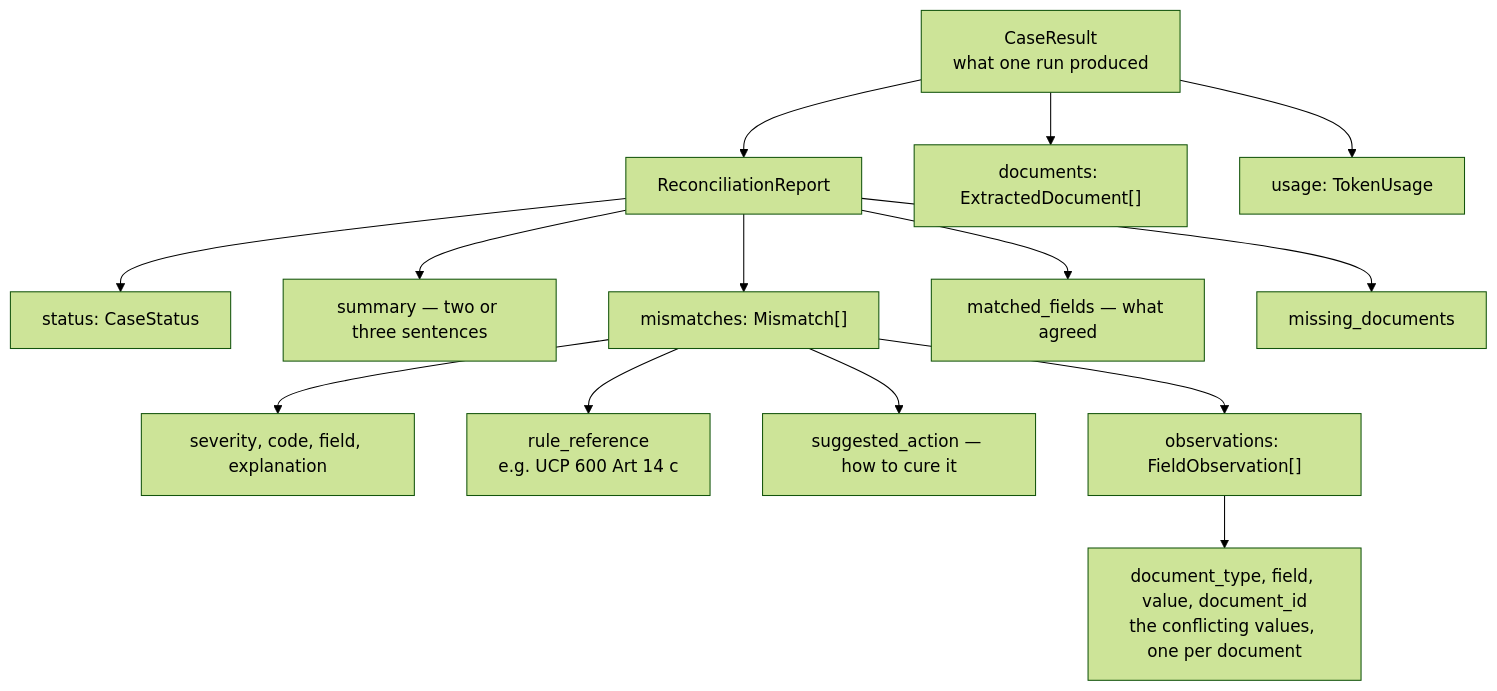
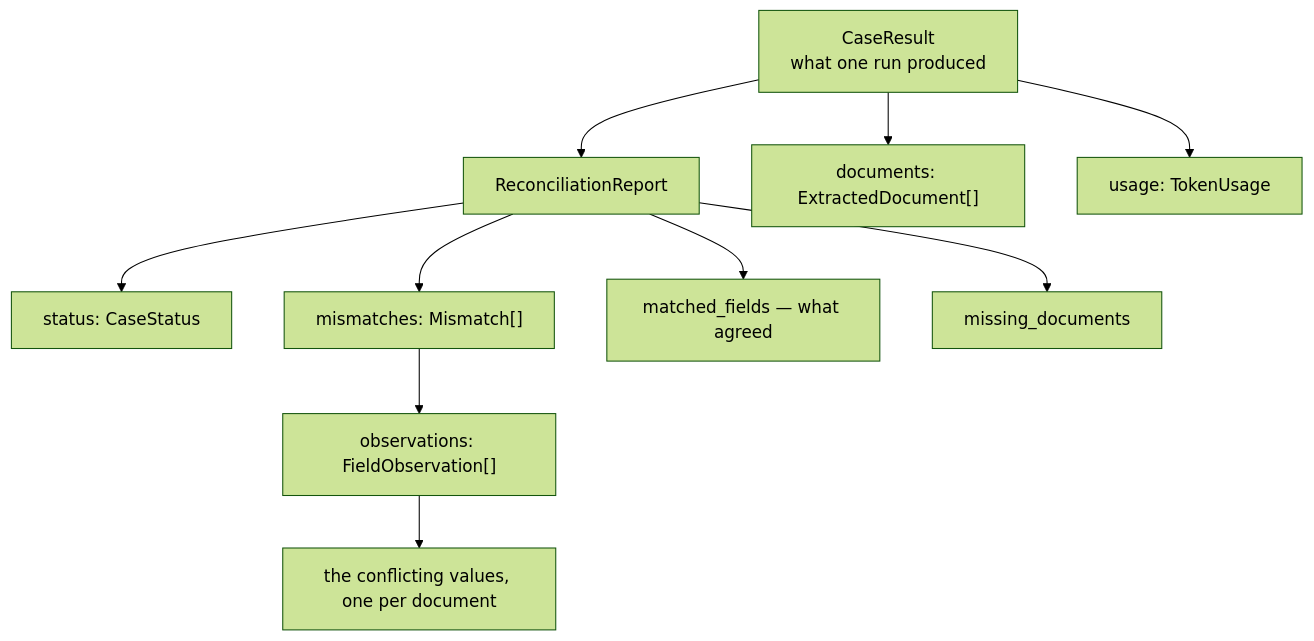
The fifth of 5 diagrams in backend/Detector/models/README.md (selvakumarperumal/Trade_Finance_Doc_Mismatch_Detector), drawn with Mermaid (forest theme) before and after one commit. The commit also changed other lines of this file and 5 other files, not shown here.

Commit message:
docs: enrich ARCHITECTURE.md and subpackage READMEs with diagrams and technical deep dives

````diff
--- a/backend/Detector/models/README.md
+++ b/backend/Detector/models/README.md
@@ -133,17 +313,13 @@
 ```mermaid
 flowchart TD
     CR["CaseResult<br/>what one run produced"]
     CR --> RR[ReconciliationReport]
     CR --> ED["documents: ExtractedDocument[]"]
     CR --> TU["usage: TokenUsage"]
     RR --> ST["status: CaseStatus"]
-    RR --> SUM["summary — two or three sentences"]
     RR --> MM["mismatches: Mismatch[]"]
     RR --> MF["matched_fields — what agreed"]
     RR --> MD["missing_documents"]
-    MM --> SEVR["severity, code, field, explanation"]
-    MM --> RULE["rule_reference<br/>e.g. UCP 600 Art 14 c"]
-    MM --> ACT["suggested_action — how to cure it"]
     MM --> OBS["observations: FieldObservation[]"]
-    OBS --> OV["document_type, field, value, document_id<br/>the conflicting values, one per document"]
+    OBS --> OV["the conflicting values, one per document"]
 ```
````
